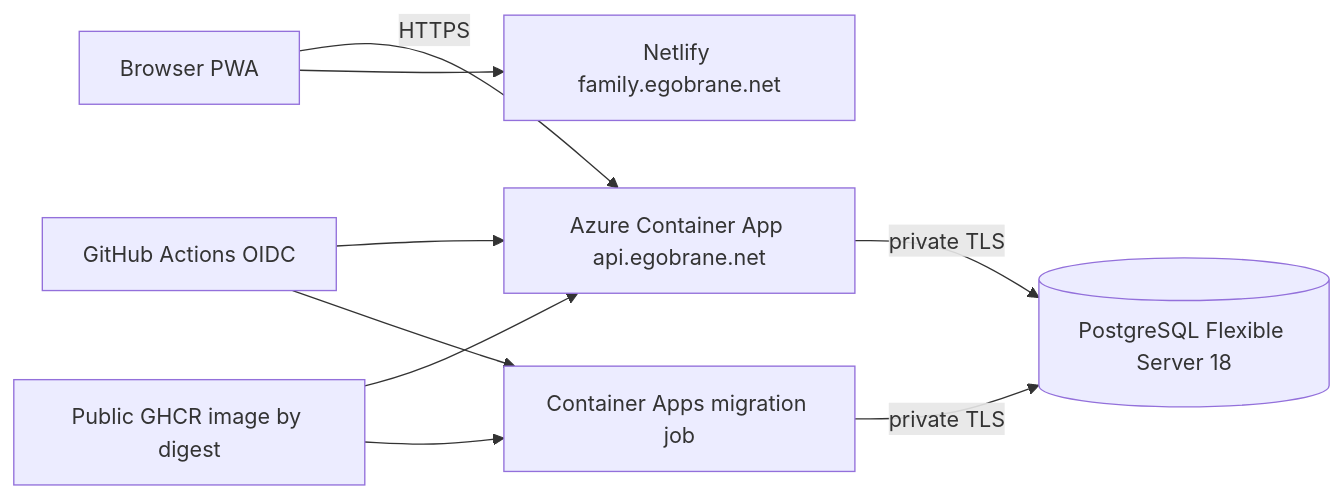
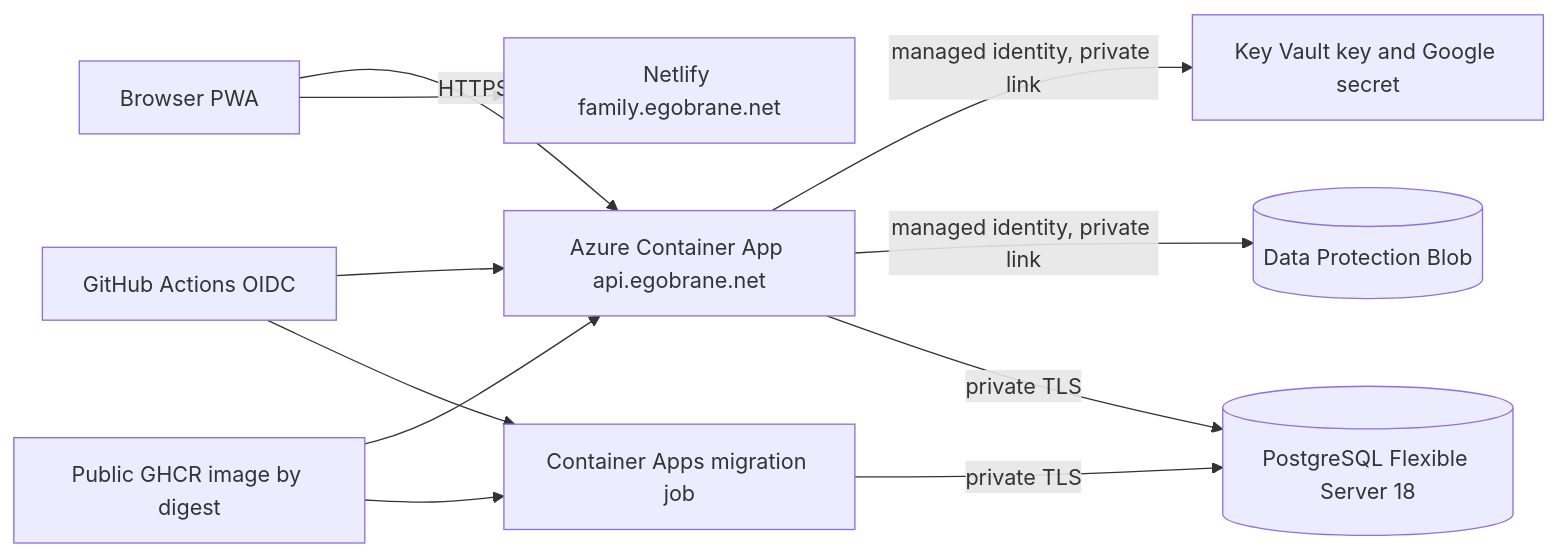
The diagram in docs/deployment/azure.md (egobrane/FamilyBoard), drawn with Mermaid before and after one commit. The commit also changed other lines of this file and 51 other files, not shown here.

````diff
--- a/docs/deployment/azure.md
+++ b/docs/deployment/azure.md
@@ -5,11 +5,13 @@
 ```mermaid
 flowchart LR
     Browser[Browser PWA] --> Netlify[Netlify family.egobrane.net]
     Browser -->|HTTPS| API[Azure Container App api.egobrane.net]
     GHCR[Public GHCR image by digest] --> Job[Container Apps migration job]
     GHCR --> API
     Job -->|private TLS| PostgreSQL[(PostgreSQL Flexible Server 18)]
     API -->|private TLS| PostgreSQL
+    API -->|managed identity, private link| Blob[(Data Protection Blob)]
+    API -->|managed identity, private link| Vault[Key Vault key and Google secret]
     GitHub[GitHub Actions OIDC] --> Job
     GitHub --> API
 ```
````
